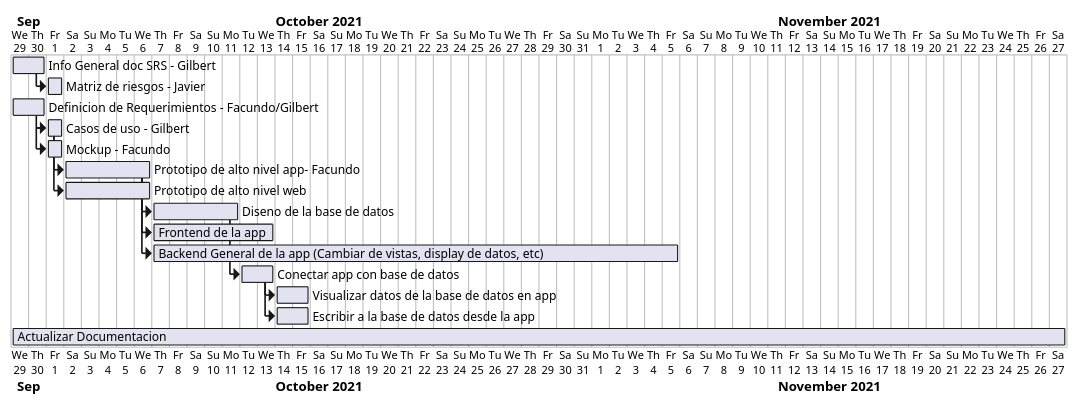
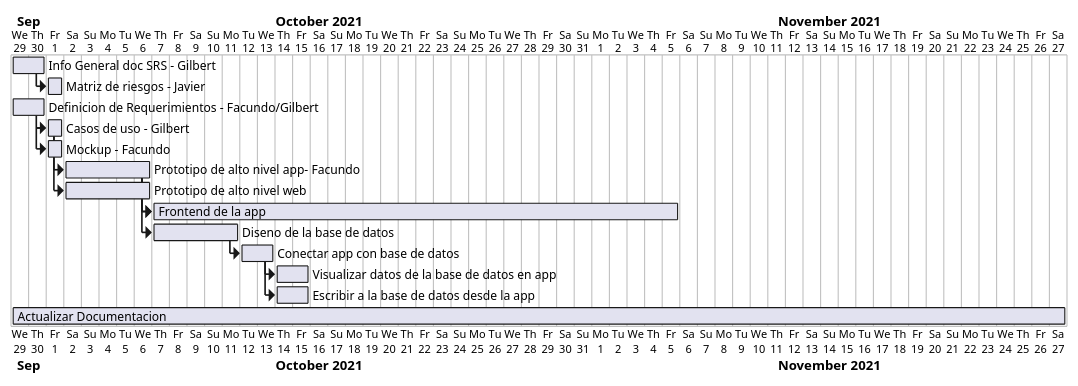
The diagram in Diagramas.md (facund015/codeRelatedObsidianNotes), drawn with PlantUML before and after one commit.

Commit message:
vault backup: 2021-10-01 15:56:30

````diff
--- a/Diagramas.md
+++ b/Diagramas.md
@@ -1,31 +1,31 @@
 ```plantuml
 
 @startgantt
 Project starts 2021-09-29
 
 [Info General doc SRS - Gilbert] as [SRS] lasts 2 days and starts 2021-09-29
 [Matriz de riesgos - Javier] as [MR] lasts 1 days and starts at [SRS]'s end
 
 [Definicion de Requerimientos - Facundo/Gilbert] as [DR] lasts 2 day and starts 2021-09-29
 [Casos de uso - Gilbert] as [CS] lasts 1 day and starts at [DR]'s end
 [Mockup - Facundo] as [MP] lasts 1 days and starts at [CS]'s start
 
 [Prototipo de alto nivel app- Facundo] as [PAN] lasts 5 days and starts at [CS]'s end
 [Prototipo de alto nivel web] as [PAW] lasts 5 days and starts at [CS]'s end
+[Frontend de la app] as [FEA] lasts 3 days and starts at [PAN]'s end
 [Diseno de la base de datos] as [DBD] lasts 5 days and starts at [PAN]'s end
-[Frontend de la app] as [FEA] lasts 7 days and starts at [PAN]'s end
-[Backend General de la app (Cambiar de vistas, display de datos, etc)] as [BGA] lasts 30 days and starts at [PAN]'s end
+[Backend General de la app (Cambiar de vistas, display de datos, etc)] as [FEA] lasts 30 days and starts at [PAN]'s end
 
 [Conectar app con base de datos] as [CBD] lasts 2 days and starts at [DBD]'s end
 [Visualizar datos de la base de datos en app] as [VBD] lasts 2 days and starts at [CBD]'s end
 [Escribir a la base de datos desde la app] as [EBD] lasts 2 days and starts at [CBD]'s end
 
 
 
 
 [Actualizar Documentacion] as [ASRS] lasts 60 days
 @endgantt
 
 
 
 ```
````
